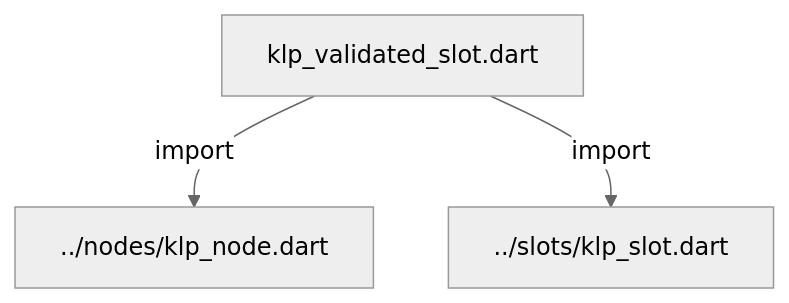
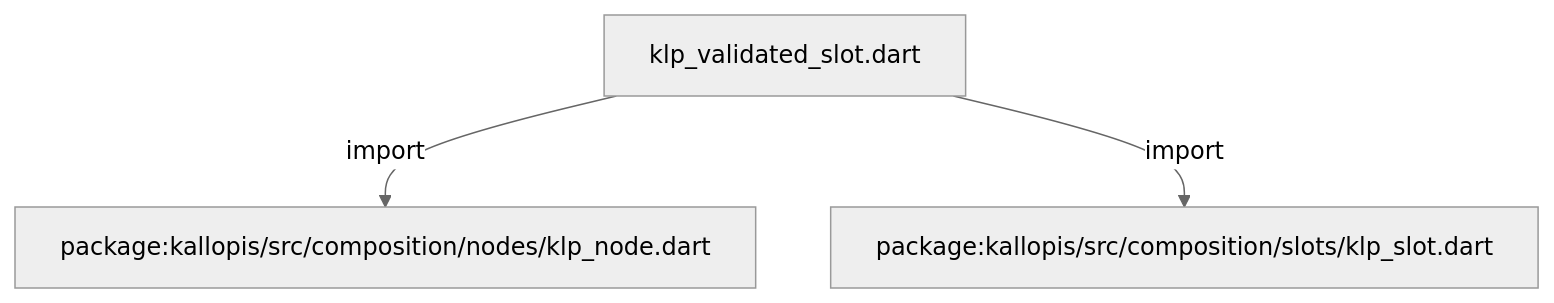
One commit to MiuDog/Kallopis changed the first of 2 diagrams in docs/architecture/src/composition/validation/klp_validated_slot.md. Above: the diagram before and after it, drawn with Mermaid (neutral theme). The commit also changed other lines of this file and 9688 other files, not shown here.

Commit message:
Prepare isolated Flow F2 peer baseline

````diff
--- a/docs/architecture/src/composition/validation/klp_validated_slot.md
+++ b/docs/architecture/src/composition/validation/klp_validated_slot.md
@@ -11,8 +11,8 @@
 ```mermaid
 flowchart TD
 	n0["klp_validated_slot.dart"]
-	n1["../nodes/klp_node.dart"]
-	n2["../slots/klp_slot.dart"]
+	n1["package:kallopis/src/composition/nodes/klp_node.dart"]
+	n2["package:kallopis/src/composition/slots/klp_slot.dart"]
 	n0 -->|"import"| n1
 	n0 -->|"import"| n2
 ```
````
